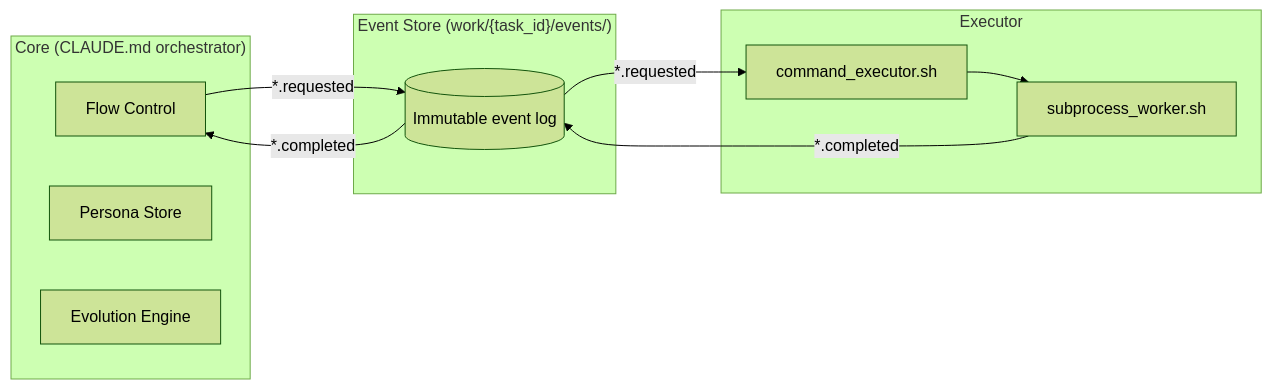
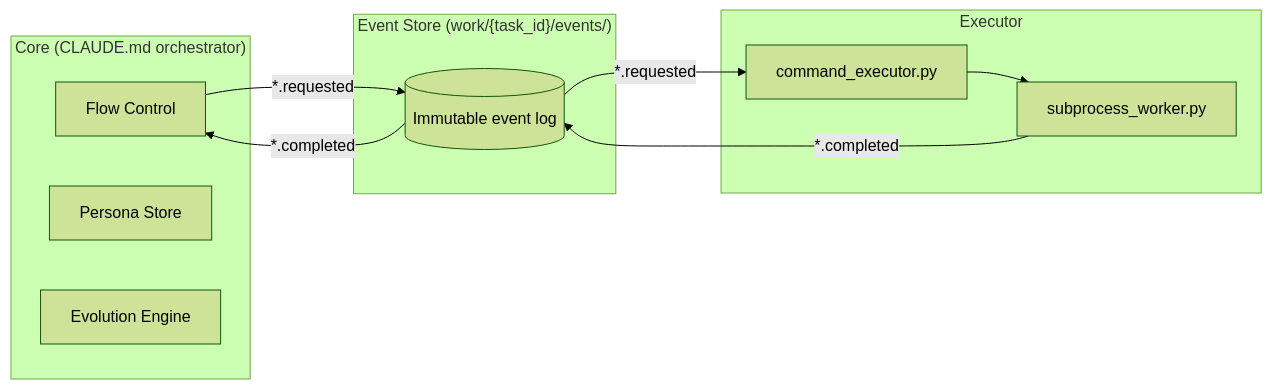
One commit to skaji18/tanebi changed the diagram in README.md. Above: the diagram before and after it, drawn with Mermaid (forest theme). The commit also changed other lines of this file and 27 other files, not shown here.

````diff
--- a/README.md
+++ b/README.md
@@ -42,20 +42,20 @@
 ```mermaid
 graph LR
     subgraph Core ["Core (CLAUDE.md orchestrator)"]
         O[Flow Control]
         P[Persona Store]
         E[Evolution Engine]
     end
     subgraph ES ["Event Store (work/{task_id}/events/)"]
         EL[(Immutable event log)]
     end
     subgraph EX ["Executor"]
-        CMD[command_executor.sh]
-        WRK[subprocess_worker.sh]
+        CMD[command_executor.py]
+        WRK[subprocess_worker.py]
     end
     O -- "*.requested" --> EL
     EL -- "*.requested" --> CMD
     CMD --> WRK
     WRK -- "*.completed" --> EL
     EL -- "*.completed" --> O
 ```
````
